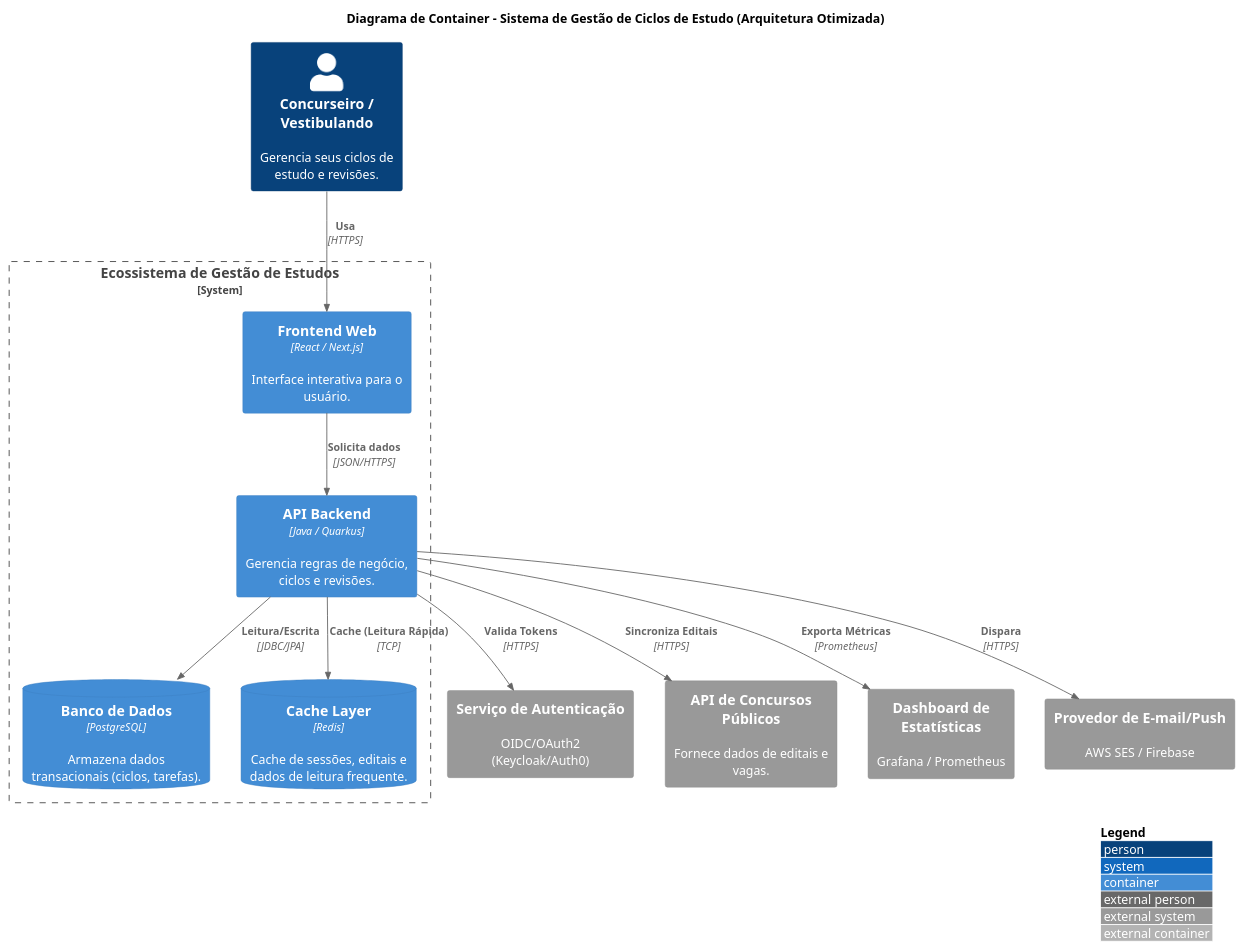
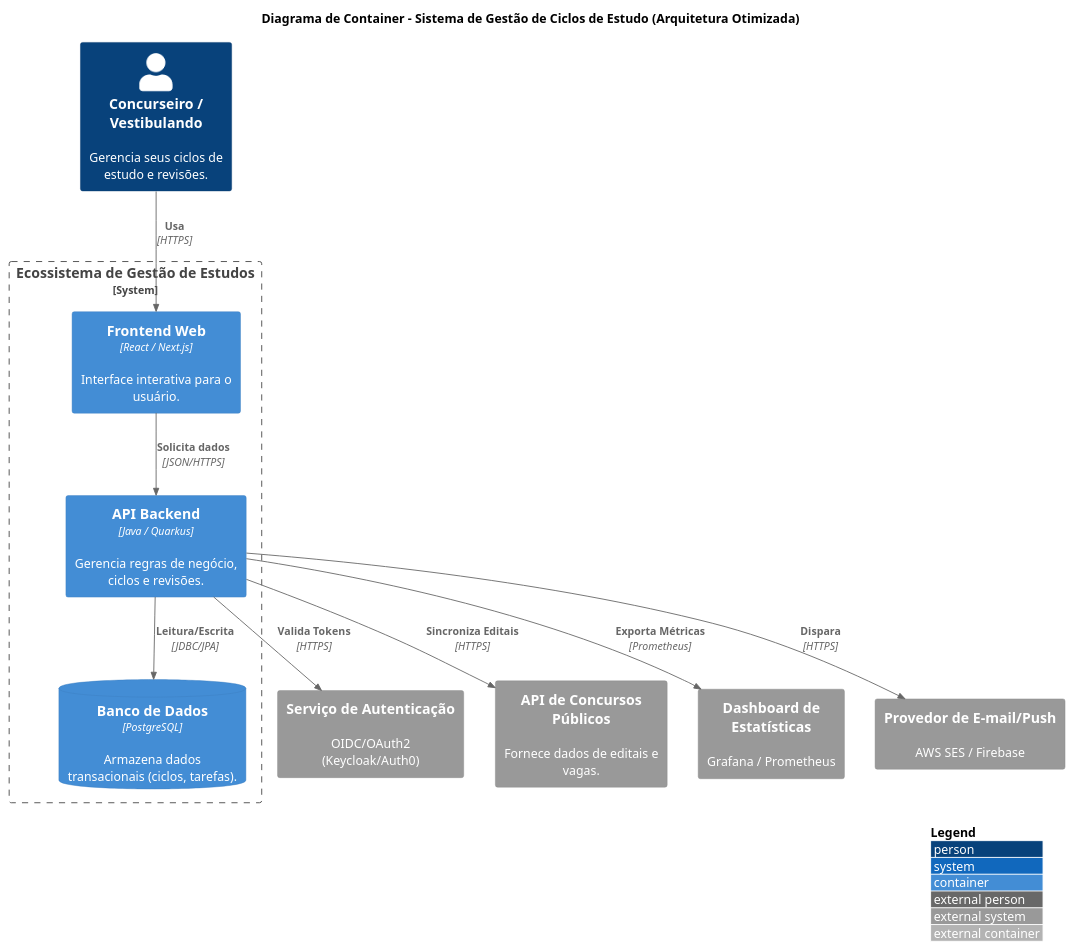
One commit to MarcosVSO/projeto_design_de_software changed the diagram in 3-Diagrama de Container/diagrama_container.puml. Above: the diagram before and after it, drawn with PlantUML. The commit also changed 1 other file, not shown here.

Commit message:
Adiciona inversão de dependência ao diagrama de componentes

```diff
--- a/3-Diagrama de Container/diagrama_container.puml
+++ b/3-Diagrama de Container/diagrama_container.puml
@@ -1,42 +1,40 @@
 @startuml
 !include https://raw.githubusercontent.com/plantuml-stdlib/C4-PlantUML/master/C4_Container.puml
 
 ' Layout
 LAYOUT_WITH_LEGEND()
 
 title Diagrama de Container - Sistema de Gestão de Ciclos de Estudo (Arquitetura Otimizada)
 
 Person(student, "Concurseiro / Vestibulando", "Gerencia seus ciclos de estudo e revisões.")
 
 System_Ext(auth_system, "Serviço de Autenticação", "OIDC/OAuth2 (Keycloak/Auth0)")
 System_Ext(public_exams_api, "API de Concursos Públicos", "Fornece dados de editais e vagas.")
 System_Ext(stats_dashboard, "Dashboard de Estatísticas", "Grafana / Prometheus")
 System_Ext(email_system, "Provedor de E-mail/Push", "AWS SES / Firebase")
 
 System_Boundary(study_system, "Ecossistema de Gestão de Estudos") {
     
     Container(spa, "Frontend Web", "React / Next.js", "Interface interativa para o usuário.")
     
     Container(backend, "API Backend", "Java / Quarkus", "Gerencia regras de negócio, ciclos e revisões.")
     
     ContainerDb(database, "Banco de Dados", "PostgreSQL", "Armazena dados transacionais (ciclos, tarefas).")
     
-    ContainerDb(cache, "Cache Layer", "Redis", "Cache de sessões, editais e dados de leitura frequente.")
         
 }
 
 
 ' Relacionamentos
 Rel(student, spa, "Usa", "HTTPS")
 Rel(spa, backend, "Solicita dados", "JSON/HTTPS")
 
 ' Backend Flows
 Rel(backend, auth_system, "Valida Tokens", "HTTPS")
 Rel(backend, database, "Leitura/Escrita", "JDBC/JPA")
-Rel(backend, cache, "Cache (Leitura Rápida)", "TCP")
 Rel(backend, public_exams_api, "Sincroniza Editais", "HTTPS")
 Rel(backend, stats_dashboard, "Exporta Métricas", "Prometheus")
 Rel(backend, email_system, "Dispara", "HTTPS")
 
 
 @enduml
```
